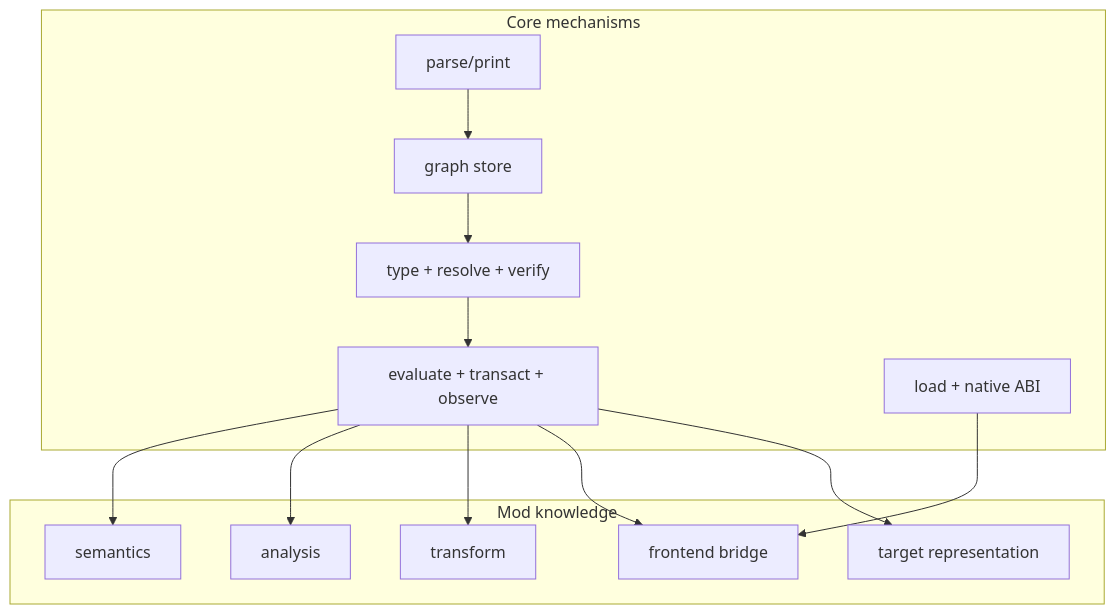
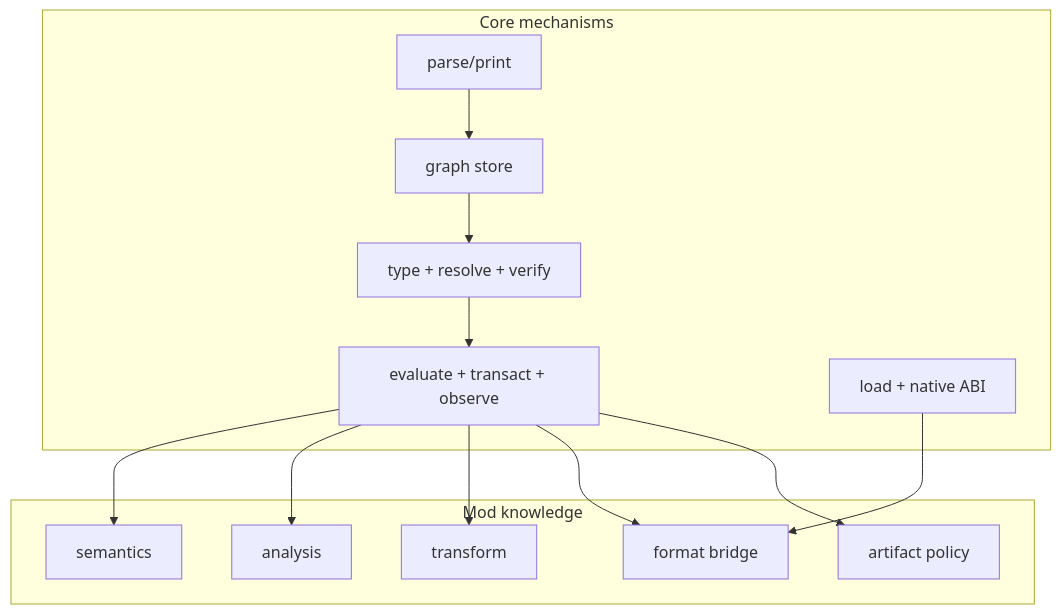
One commit to lancerstadium/joggle changed the second of 2 diagrams in docs/compiler/index.md. Above: the diagram before and after it, drawn with Mermaid. The commit also changed other lines of this file and 10 other files, not shown here.

Commit message:
separate core architecture from bundled mods

````diff
--- a/docs/compiler/index.md
+++ b/docs/compiler/index.md
@@ -60,26 +60,26 @@
 ```mermaid
 flowchart TB
   subgraph Core mechanisms
     P[parse/print]
     G[graph store]
     T[type + resolve + verify]
     E[evaluate + transact + observe]
     L[load + native ABI]
   end
   subgraph Mod knowledge
     S[semantics]
     A[analysis]
     X[transform]
-    F[frontend bridge]
-    R[target representation]
+    F[format bridge]
+    R[artifact policy]
   end
   L --> F
   P --> G
   G --> T
   T --> E
   E --> S
   E --> A
   E --> X
   E --> F
   E --> R
 ```
````
